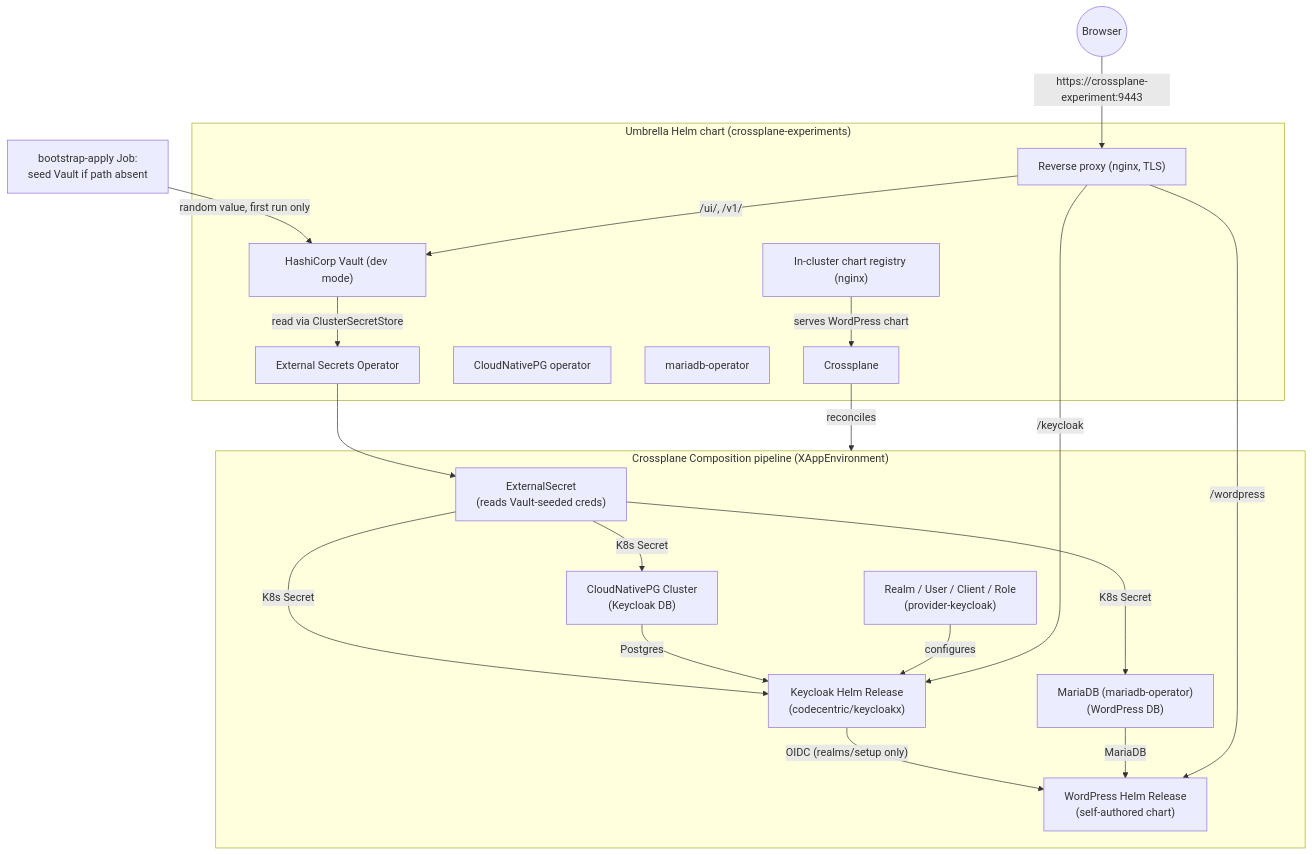
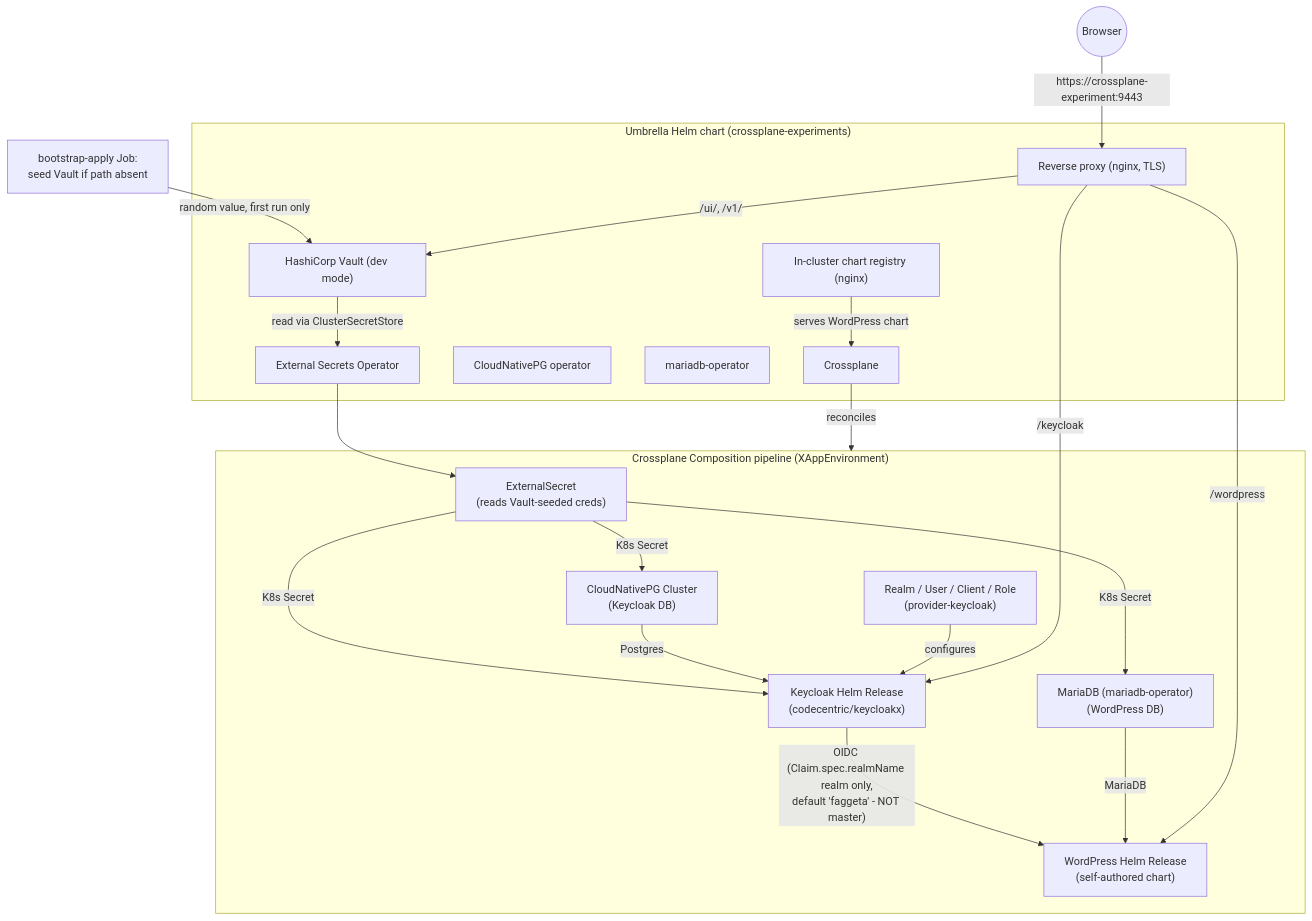
One commit to lpasquali/crossplane-experiments changed the second of 2 diagrams in README.md. Above: the diagram before and after it, drawn with Mermaid. The commit also changed other lines of this file and 1 other file, not shown here.

````diff
--- a/README.md
+++ b/README.md
@@ -173,44 +178,44 @@
 ```mermaid
 flowchart TB
     subgraph Helm["Umbrella Helm chart (crossplane-experiments)"]
         XP["Crossplane"]
         CNPG["CloudNativePG operator"]
         MDBOP["mariadb-operator"]
         VAULT["HashiCorp Vault (dev mode)"]
         ESO["External Secrets Operator"]
         REG["In-cluster chart registry (nginx)"]
         PROXY["Reverse proxy (nginx, TLS)"]
     end
 
     subgraph XRD["Crossplane Composition pipeline (XAppEnvironment)"]
         ES["ExternalSecret\n(reads Vault-seeded creds)"]
         KCPG["CloudNativePG Cluster\n(Keycloak DB)"]
         KC["Keycloak Helm Release\n(codecentric/keycloakx)"]
         REALM["Realm / User / Client / Role\n(provider-keycloak)"]
         WPDB["MariaDB (mariadb-operator)\n(WordPress DB)"]
         WP["WordPress Helm Release\n(self-authored chart)"]
     end
 
     SEED["bootstrap-apply Job:\nseed Vault if path absent"]
 
     SEED -- "random value, first run only" --> VAULT
     VAULT -- "read via ClusterSecretStore" --> ESO
     ESO --> ES
     ES -- "K8s Secret" --> KCPG
     ES -- "K8s Secret" --> KC
     ES -- "K8s Secret" --> WPDB
 
     KCPG -- "Postgres" --> KC
-    KC -- "OIDC (realms/setup only)" --> WP
+    KC -- "OIDC (Claim.spec.realmName realm only,\ndefault 'faggeta' - NOT master)" --> WP
     REALM -- "configures" --> KC
     WPDB -- "MariaDB" --> WP
 
     REG -- "serves WordPress chart" --> XP
     XP -- "reconciles" --> XRD
 
     PROXY -- "/wordpress" --> WP
     PROXY -- "/keycloak" --> KC
     PROXY -- "/ui/, /v1/" --> VAULT
 
     User(("Browser")) -- "https://crossplane-experiment:9443" --> PROXY
 ```
````
